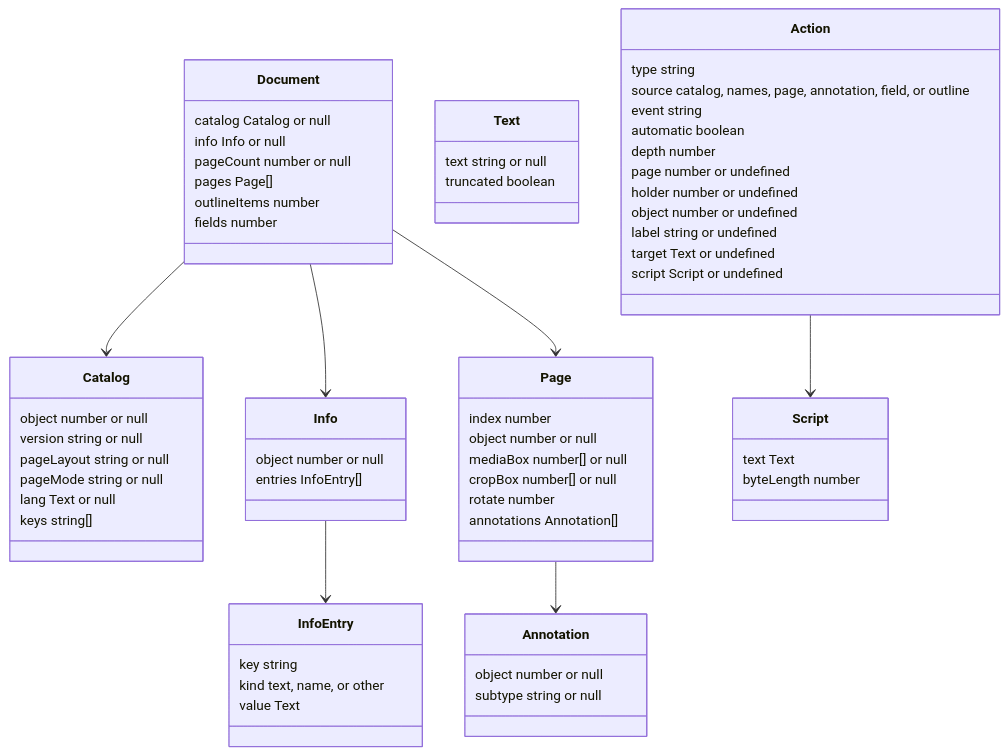
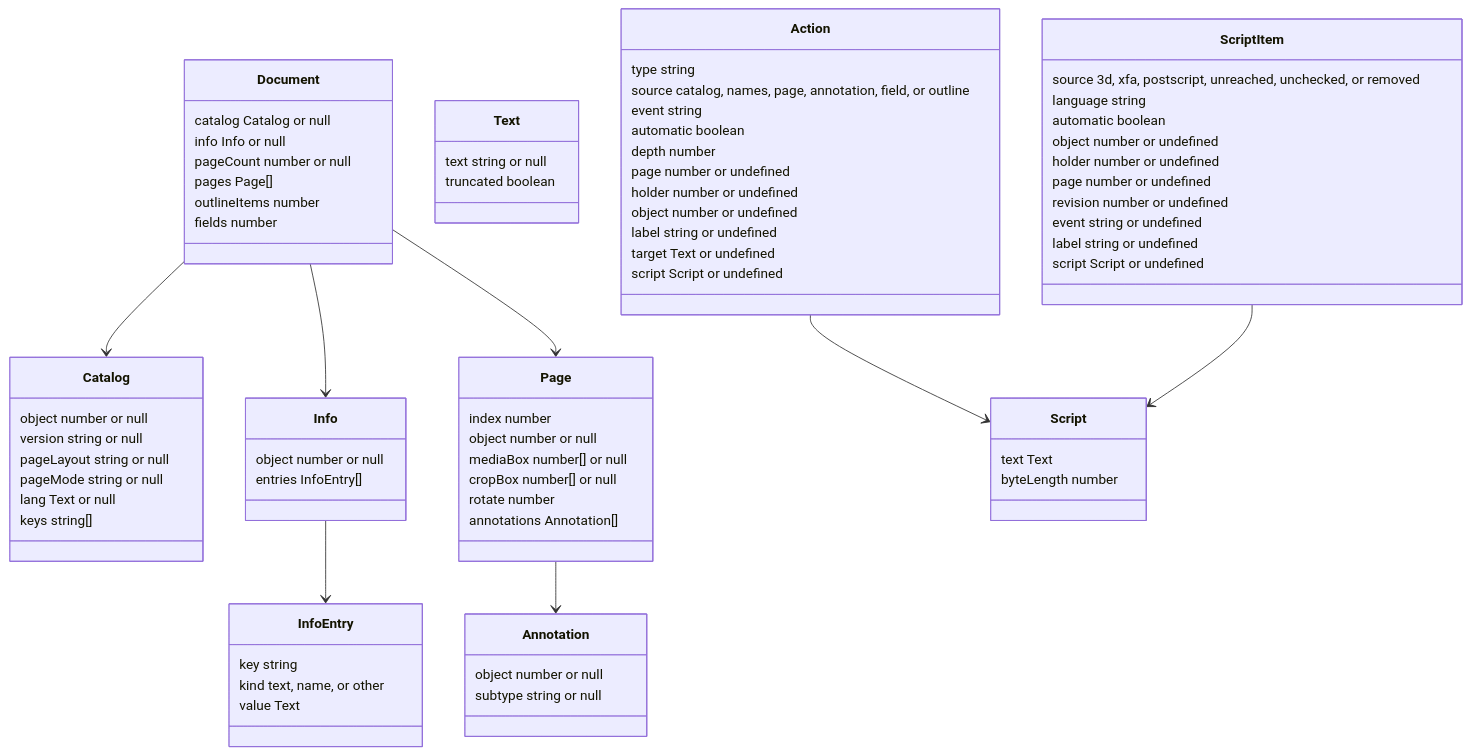
The second of 2 diagrams in docs/reference/pdf/report.md (photom/benchside), drawn with Mermaid before and after one commit. The commit also changed other lines of this file and 30 other files, not shown here.

````diff
--- a/docs/reference/pdf/report.md
+++ b/docs/reference/pdf/report.md
@@ -77,67 +78,80 @@
 ```mermaid
 classDiagram
   class Document {
     catalog Catalog or null
     info Info or null
     pageCount number or null
     pages Page[]
     outlineItems number
     fields number
   }
   class Catalog {
     object number or null
     version string or null
     pageLayout string or null
     pageMode string or null
     lang Text or null
     keys string[]
   }
   class Info {
     object number or null
     entries InfoEntry[]
   }
   class InfoEntry {
     key string
     kind text, name, or other
     value Text
   }
   class Text {
     text string or null
     truncated boolean
   }
   class Page {
     index number
     object number or null
     mediaBox number[] or null
     cropBox number[] or null
     rotate number
     annotations Annotation[]
   }
   class Annotation {
     object number or null
     subtype string or null
   }
   class Action {
     type string
     source catalog, names, page, annotation, field, or outline
     event string
     automatic boolean
     depth number
     page number or undefined
     holder number or undefined
     object number or undefined
     label string or undefined
     target Text or undefined
     script Script or undefined
   }
   class Script {
     text Text
     byteLength number
   }
+  class ScriptItem {
+    source 3d, xfa, postscript, unreached, unchecked, or removed
+    language string
+    automatic boolean
+    object number or undefined
+    holder number or undefined
+    page number or undefined
+    revision number or undefined
+    event string or undefined
+    label string or undefined
+    script Script or undefined
+  }
   Document --> Catalog
   Document --> Info
   Info --> InfoEntry
   Document --> Page
   Page --> Annotation
   Action --> Script
+  ScriptItem --> Script
 ```
````
